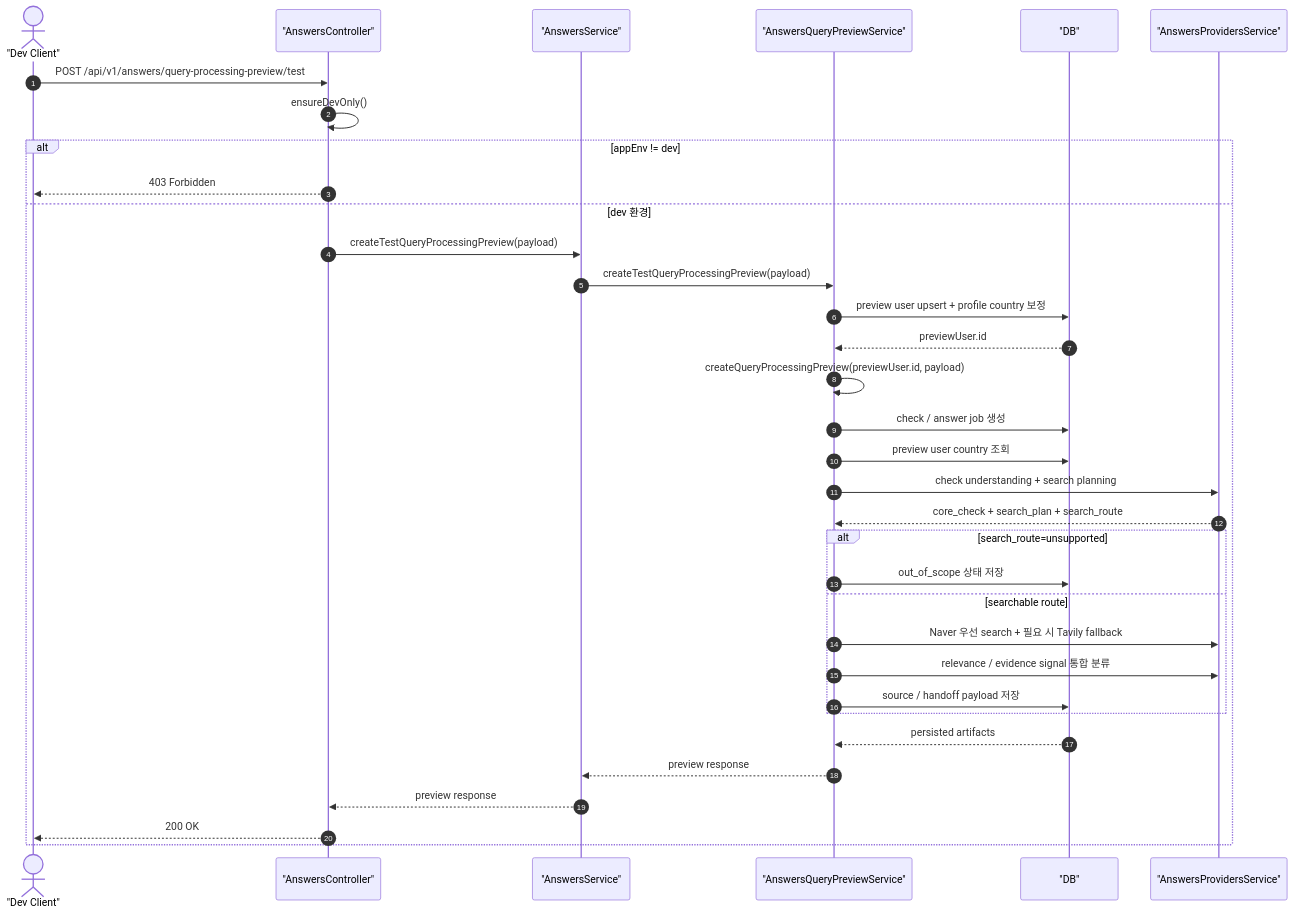
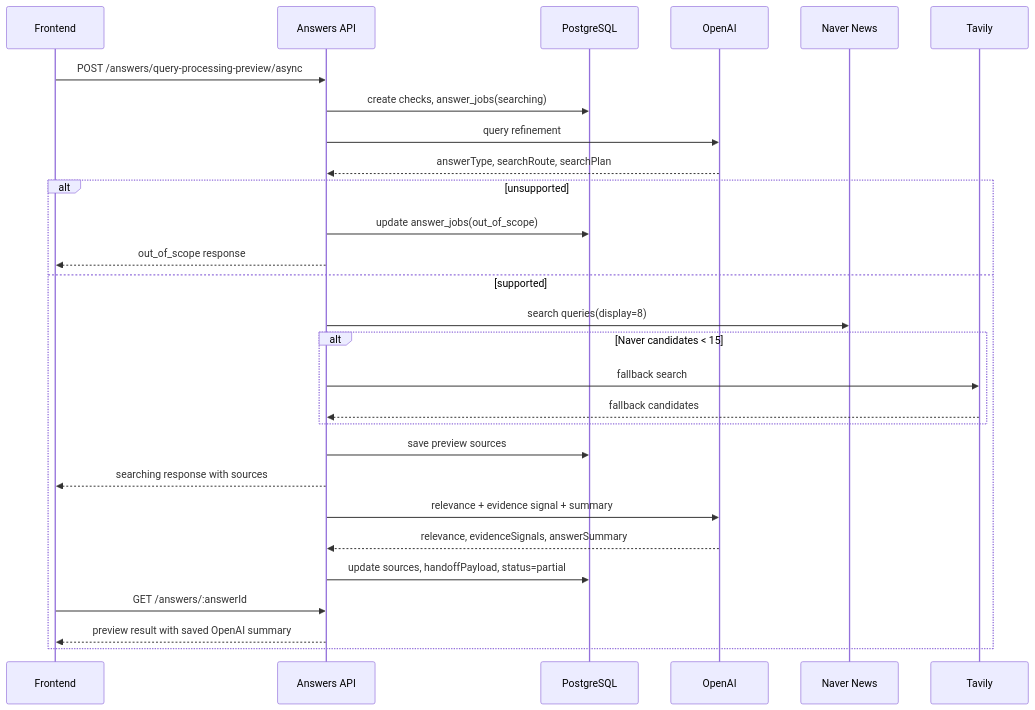
The diagram in docs/answer-query-processing.md (dyjeong576/varo), drawn with Mermaid before and after one commit. The commit also changed other lines of this file and 29 other files, not shown here.

First line of the commit message:
Refactor answer generation and evidence processing

````diff
--- a/docs/answer-query-processing.md
+++ b/docs/answer-query-processing.md
@@ -205,38 +118,31 @@
 ```mermaid
 sequenceDiagram
-    autonumber
-    actor DevClient as "Dev Client"
-    participant Controller as "AnswersController"
-    participant AnswersService as "AnswersService"
-    participant QueryPreviewService as "AnswersQueryPreviewService"
-    participant DB as "DB"
-    participant Providers as "AnswersProvidersService"
+  participant FE as Frontend
+  participant API as Answers API
+  participant DB as PostgreSQL
+  participant OAI as OpenAI
+  participant Naver as Naver News
+  participant Tavily as Tavily
 
-    DevClient->>Controller: POST /api/v1/answers/query-processing-preview/test
-    Controller->>Controller: ensureDevOnly()
-
-    alt appEnv != dev
-        Controller-->>DevClient: 403 Forbidden
-    else dev 환경
-        Controller->>AnswersService: createTestQueryProcessingPreview(payload)
-        AnswersService->>QueryPreviewService: createTestQueryProcessingPreview(payload)
-        QueryPreviewService->>DB: preview user upsert + profile country 보정
-        DB-->>QueryPreviewService: previewUser.id
-        QueryPreviewService->>QueryPreviewService: createQueryProcessingPreview(previewUser.id, payload)
-        QueryPreviewService->>DB: check / answer job 생성
-        QueryPreviewService->>DB: preview user country 조회
-        QueryPreviewService->>Providers: check understanding + search planning
-        Providers-->>QueryPreviewService: core_check + search_plan + search_route
-        alt search_route=unsupported
-            QueryPreviewService->>DB: out_of_scope 상태 저장
-        else searchable route
-            QueryPreviewService->>Providers: Naver 우선 search + 필요 시 Tavily fallback
-            QueryPreviewService->>Providers: relevance / evidence signal 통합 분류
-            QueryPreviewService->>DB: source / handoff payload 저장
-        end
-        DB-->>QueryPreviewService: persisted artifacts
-        QueryPreviewService-->>AnswersService: preview response
-        AnswersService-->>Controller: preview response
-        Controller-->>DevClient: 200 OK
+  FE->>API: POST /answers/query-processing-preview/async
+  API->>DB: create checks, answer_jobs(searching)
+  API->>OAI: query refinement
+  OAI-->>API: answerType, searchRoute, searchPlan
+  alt unsupported
+    API->>DB: update answer_jobs(out_of_scope)
+    API-->>FE: out_of_scope response
+  else supported
+    API->>Naver: search queries(display=8)
+    alt Naver candidates < 15
+      API->>Tavily: fallback search
+      Tavily-->>API: fallback candidates
     end
+    API->>DB: save preview sources
+    API-->>FE: searching response with sources
+    API->>OAI: relevance + evidence signal + summary
+    OAI-->>API: relevance, evidenceSignals, answerSummary
+    API->>DB: update sources, handoffPayload, status=partial
+    FE->>API: GET /answers/:answerId
+    API-->>FE: preview result with saved OpenAI summary
+  end
 ```
````
